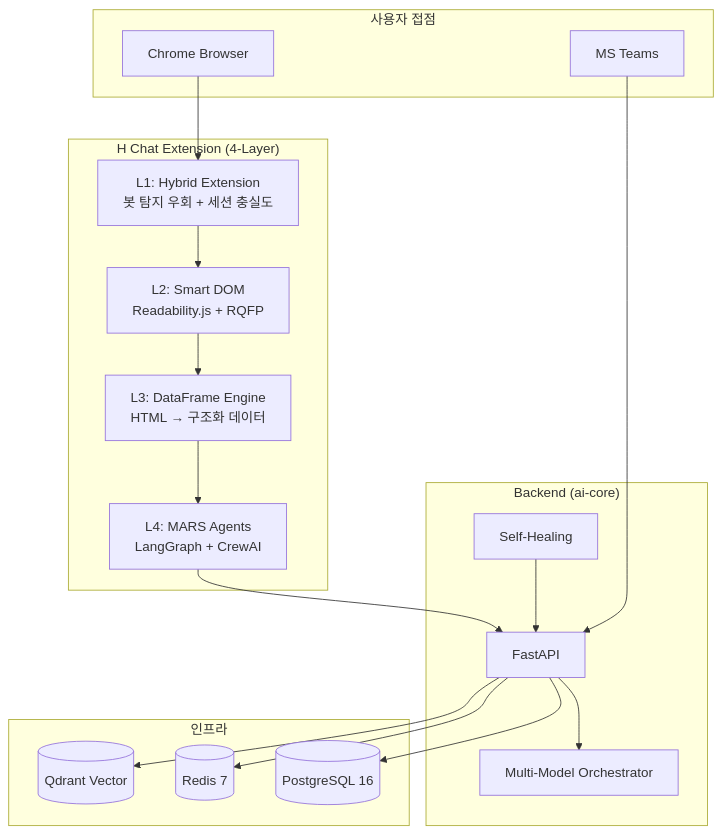
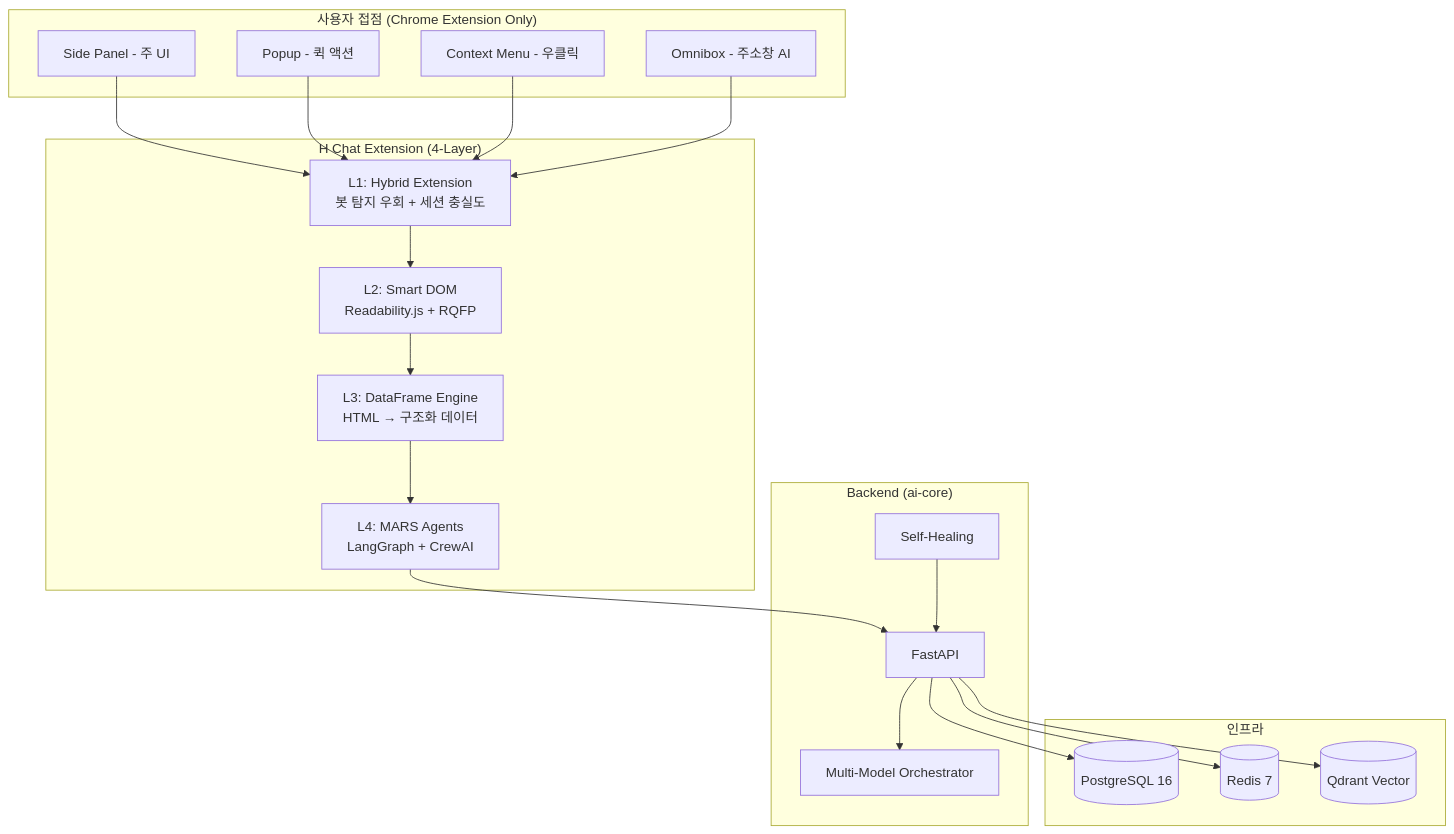
One commit to sgtlim0/sgtlim0.github.io changed the diagram in docs/SERVICE_PLAN_00_MASTER.md. Above: the diagram before and after it, drawn with Mermaid. The commit also changed other lines of this file and 3 other files, not shown here.

First line of the commit message:
docs: 서비스 기획서 Chrome Extension 전용으로 업데이트 (Part 0,1,3,4)

````diff
--- a/docs/SERVICE_PLAN_00_MASTER.md
+++ b/docs/SERVICE_PLAN_00_MASTER.md
@@ -65,34 +67,35 @@
 ```mermaid
 graph TB
-    subgraph "사용자 접점"
-        CHROME[Chrome Browser]
-        TEAMS[MS Teams]
+    subgraph "사용자 접점 (Chrome Extension Only)"
+        SP[Side Panel - 주 UI]
+        POP[Popup - 퀵 액션]
+        CTX[Context Menu - 우클릭]
+        OMNI[Omnibox - 주소창 AI]
     end
 
     subgraph "H Chat Extension (4-Layer)"
         L1[L1: Hybrid Extension<br>봇 탐지 우회 + 세션 충실도]
         L2[L2: Smart DOM<br>Readability.js + RQFP]
         L3[L3: DataFrame Engine<br>HTML → 구조화 데이터]
         L4[L4: MARS Agents<br>LangGraph + CrewAI]
         L1 --> L2 --> L3 --> L4
     end
 
     subgraph "Backend (ai-core)"
         API[FastAPI]
         LLM[Multi-Model Orchestrator]
         HEAL[Self-Healing]
     end
 
     subgraph "인프라"
         PG[(PostgreSQL 16)]
         REDIS[(Redis 7)]
         QDRANT[(Qdrant Vector)]
     end
 
-    CHROME --> L1
-    TEAMS --> API
+    SP & POP & CTX & OMNI --> L1
     L4 --> API
     API --> LLM
     API --> PG & REDIS & QDRANT
     HEAL --> API
 ```
````
